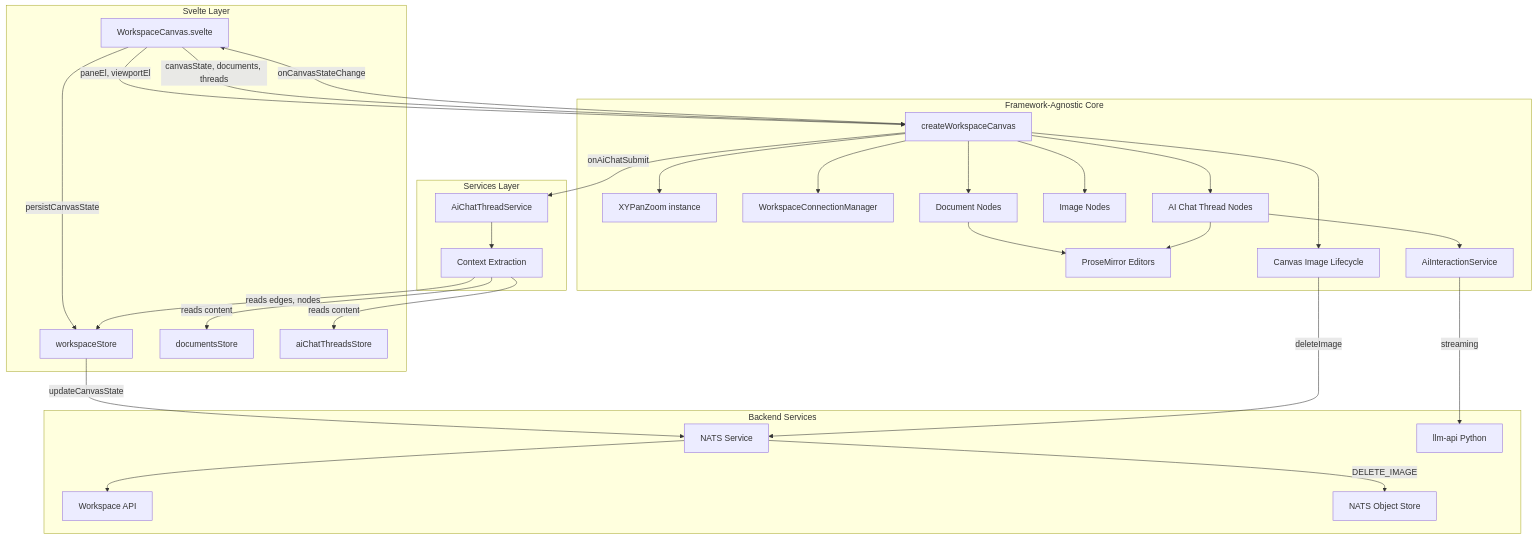
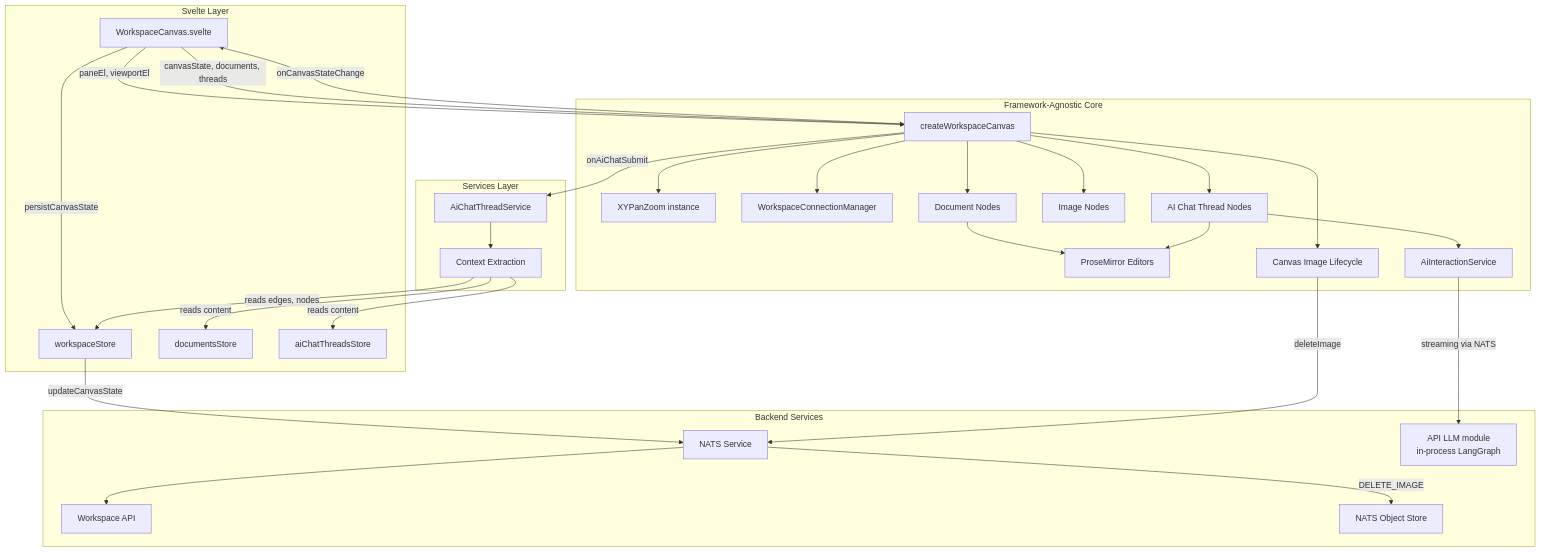
One commit to Lixpi/lixpi changed the first of 3 diagrams in services/web-ui/src/infographics/workspace/README.md. Above: the diagram before and after it, drawn with Mermaid. The commit also changed other lines of this file and 13 other files, not shown here.

````diff
--- a/services/web-ui/src/infographics/workspace/README.md
+++ b/services/web-ui/src/infographics/workspace/README.md
@@ -116,58 +117,58 @@
 ```mermaid
 flowchart TB
     subgraph Svelte["Svelte Layer"]
         WC[WorkspaceCanvas.svelte]
         WS[workspaceStore]
         DS[documentsStore]
         TS[aiChatThreadsStore]
     end
 
     subgraph Core["Framework-Agnostic Core"]
         CC[createWorkspaceCanvas]
         PZ[XYPanZoom instance]
         ECM[WorkspaceConnectionManager]
         DN[Document Nodes]
         IN[Image Nodes]
         TN[AI Chat Thread Nodes]
         PM[ProseMirror Editors]
         AIS[AiInteractionService]
         IL[Canvas Image Lifecycle]
     end
 
     subgraph Services["Services Layer"]
         ATS[AiChatThreadService]
         CTX[Context Extraction]
     end
 
     subgraph Backend["Backend Services"]
         NS[NATS Service]
         API[Workspace API]
-        LLMAPI[llm-api Python]
+        LLM[API LLM module<br/>in-process LangGraph]
         OBJ[NATS Object Store]
     end
 
     WC -->|"paneEl, viewportEl"| CC
     WC -->|"canvasState, documents, threads"| CC
     CC -->|"onCanvasStateChange"| WC
     WC -->|"persistCanvasState"| WS
     WS -->|"updateCanvasState"| NS
     NS --> API
 
     CC --> PZ
     CC --> ECM
     CC --> DN
     CC --> IN
     CC --> TN
     DN --> PM
     TN --> PM
     TN --> AIS
     CC -->|"onAiChatSubmit"| ATS
     ATS --> CTX
     CTX -->|"reads edges, nodes"| WS
     CTX -->|"reads content"| DS
     CTX -->|"reads content"| TS
-    AIS -->|"streaming"| LLMAPI
+    AIS -->|"streaming via NATS"| LLM
     CC --> IL
     IL -->|"deleteImage"| NS
     NS -->|"DELETE_IMAGE"| OBJ
 ```
````
